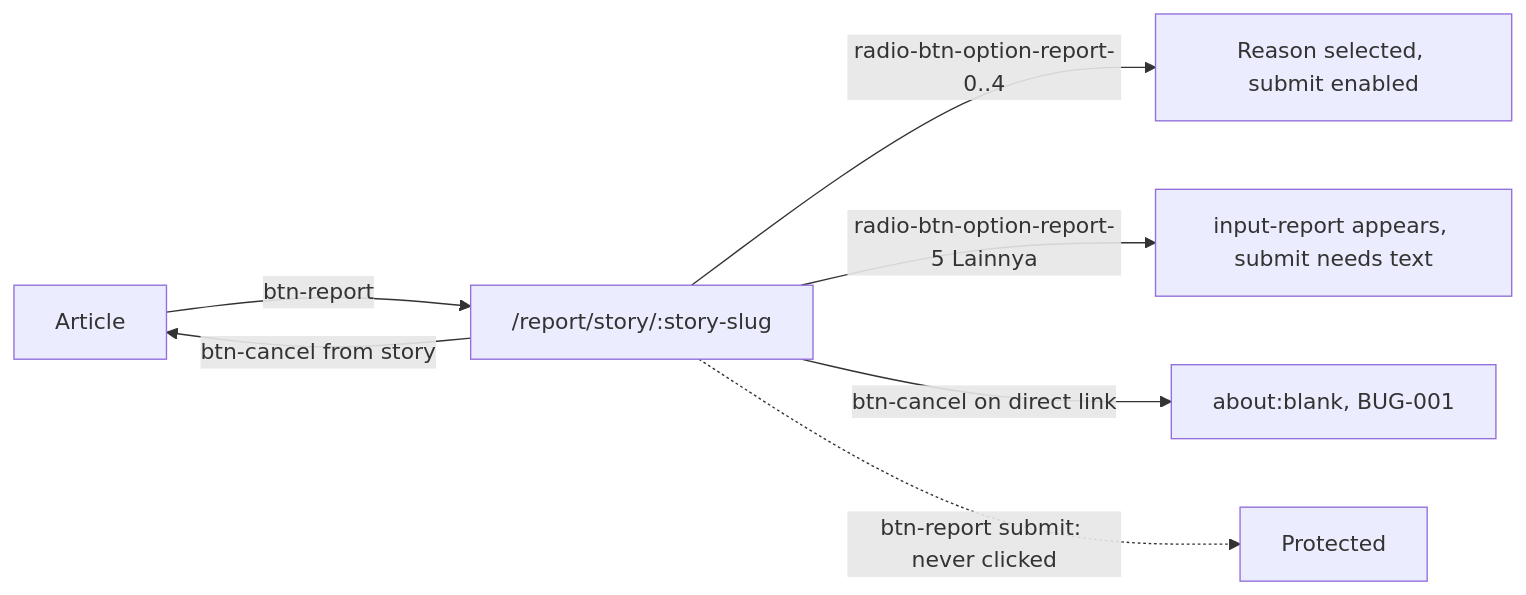
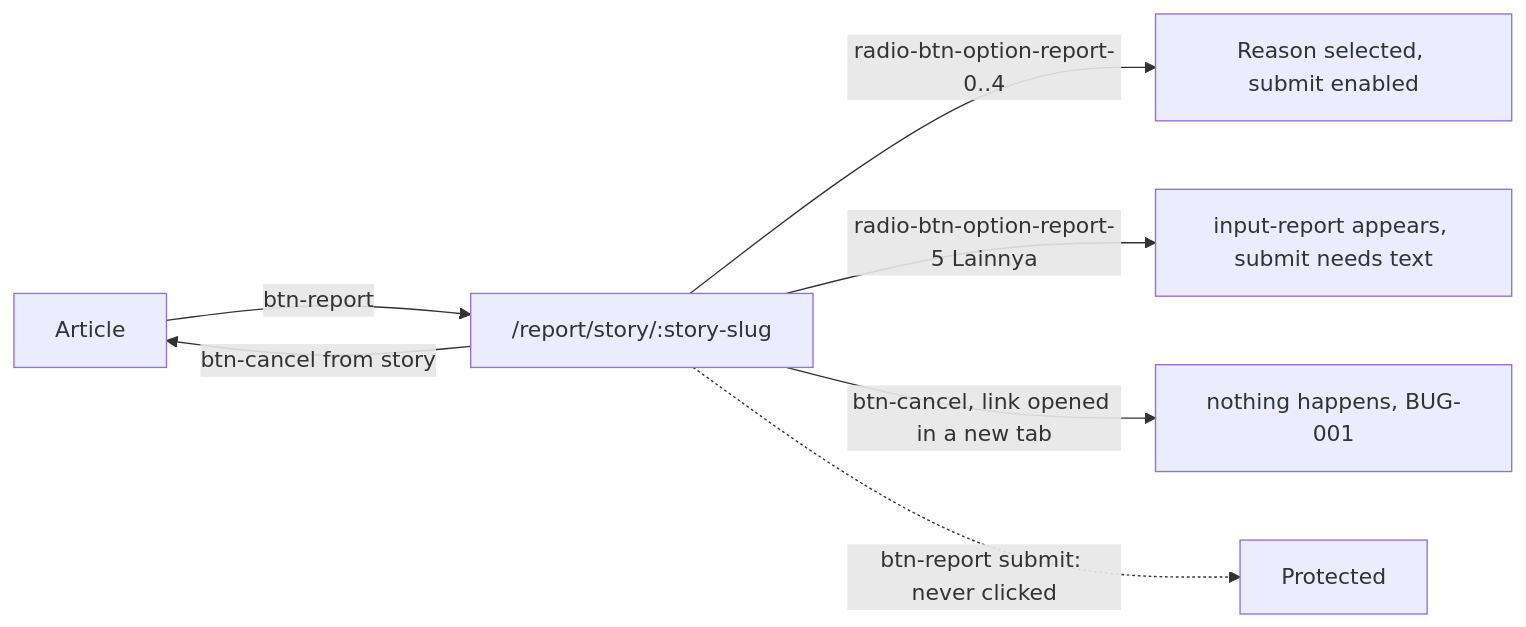
The diagram in docs/features/report.md (frosteve665/kumparan-qa-automation), drawn with Mermaid before and after one commit. The commit also changed other lines of this file and 15 other files, not shown here.

````diff
--- a/docs/features/report.md
+++ b/docs/features/report.md
@@ -12,9 +12,9 @@
 ```mermaid
 flowchart LR
   A[Article] -->|btn-report| F["/report/story/:story-slug"]
   F -->|radio-btn-option-report-0..4| S[Reason selected, submit enabled]
   F -->|radio-btn-option-report-5 Lainnya| O[input-report appears, submit needs text]
   F -->|btn-cancel from story| A
-  F -->|btn-cancel on direct link| B[about:blank, BUG-001]
+  F -->|btn-cancel, link opened in a new tab| B[nothing happens, BUG-001]
   F -.->|btn-report submit: never clicked| X[Protected]
 ```
````
